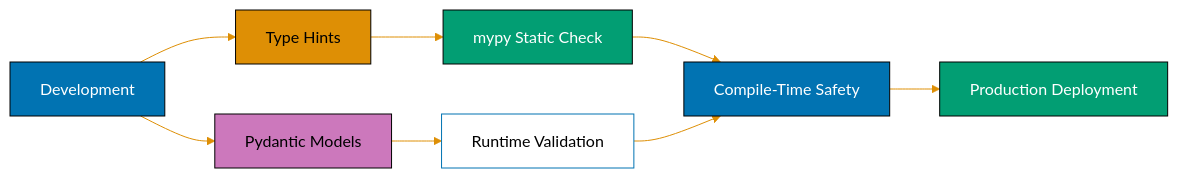
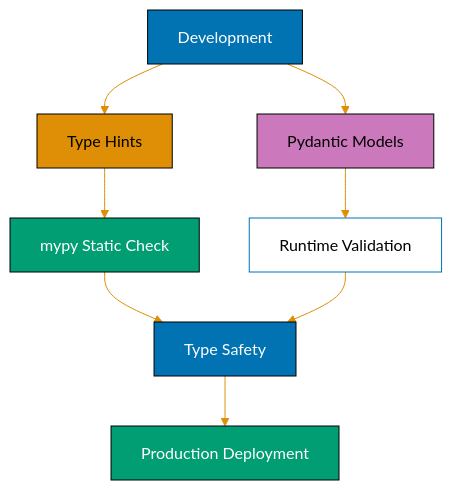
The first of 5 diagrams in docs/explanation/software-engineering/programming-languages/python/type-safety.md (wahidyankf/open-sharia-enterprise), drawn with Mermaid before and after one commit. The commit also changed other lines of this file and 12 other files, not shown here.

First line of the commit message:
fix(docs): fix mermaid violations in python docs

````diff
--- a/docs/explanation/software-engineering/programming-languages/python/type-safety.md
+++ b/docs/explanation/software-engineering/programming-languages/python/type-safety.md
@@ -49,18 +49,18 @@
 ```mermaid
 %%{init: {'theme': 'base', 'themeVariables': { 'primaryColor': '#0173B2', 'primaryTextColor': '#000', 'primaryBorderColor': '#0173B2', 'lineColor': '#DE8F05', 'secondaryColor': '#029E73', 'tertiaryColor': '#CC78BC', 'background': '#fff', 'mainBkg': '#fff'}}}%%
-graph LR
+graph TD
     A[Development] --> B[Type Hints]
     B --> C[mypy Static Check]
     A --> D[Pydantic Models]
     D --> E[Runtime Validation]
-    C --> F[Compile-Time Safety]
+    C --> F[Type Safety]
     E --> F
     F --> G[Production Deployment]
 
     style A fill:#0173B2,stroke:#000,color:#fff
     style B fill:#DE8F05,stroke:#000,color:#000
     style C fill:#029E73,stroke:#000,color:#fff
     style D fill:#CC78BC,stroke:#000,color:#000
     style F fill:#0173B2,stroke:#000,color:#fff
     style G fill:#029E73,stroke:#000,color:#fff
 ```
````
